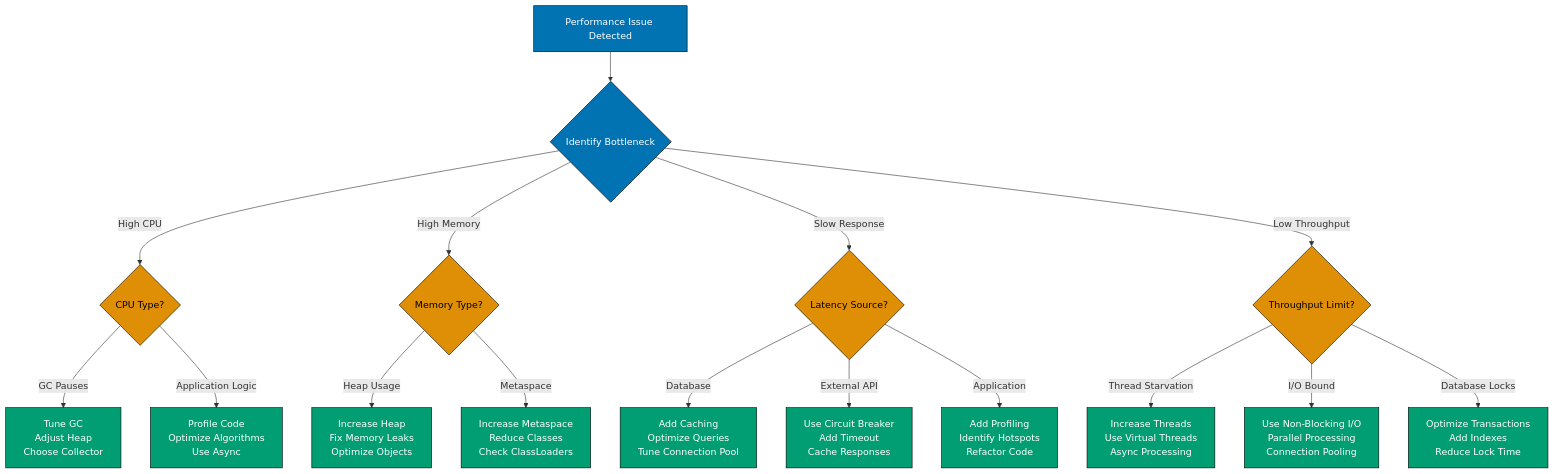
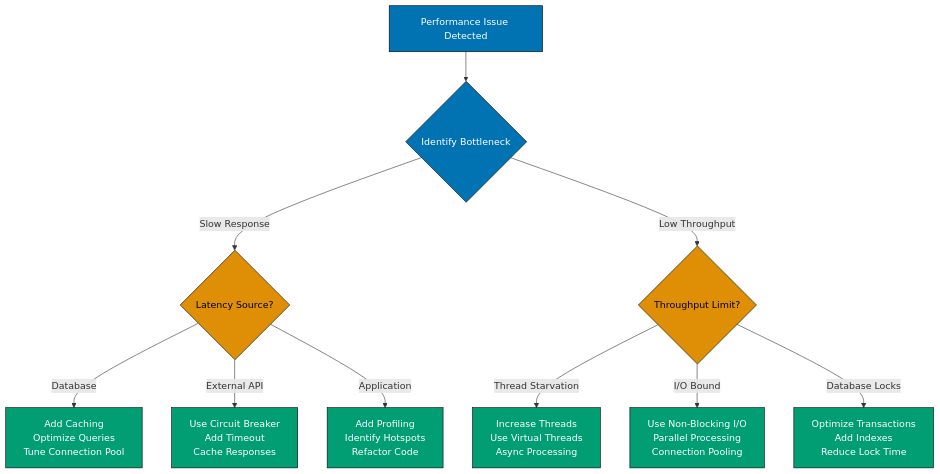
One commit to wahidyankf/ose-primer changed the second of 2 diagrams in docs/explanation/software-engineering/platform-web/tools/jvm-spring-boot/performance.md. Above: the diagram before and after it, drawn with Mermaid. The commit also changed 9 other files, not shown here.

Commit message:
fix(docs): fix mermaid violations in jvm-spring-boot/ docs (batch 4/10)

````diff
--- a/docs/explanation/software-engineering/platform-web/tools/jvm-spring-boot/performance.md
+++ b/docs/explanation/software-engineering/platform-web/tools/jvm-spring-boot/performance.md
@@ -60,41 +88,27 @@
 ```mermaid
 %% Color Palette: Blue #0173B2, Orange #DE8F05, Teal #029E73, Purple #CC78BC
 %% All colors are color-blind friendly and meet WCAG AA contrast standards
 graph TD
     A[Performance Issue Detected] --> B{Identify Bottleneck}
-    B -->|High CPU| C{CPU Type?}
-    B -->|High Memory| D{Memory Type?}
     B -->|Slow Response| E{Latency Source?}
     B -->|Low Throughput| F{Throughput Limit?}
-
-    C -->|GC Pauses| G[Tune GC<br/>Adjust Heap<br/>Choose Collector]
-    C -->|Application Logic| H[Profile Code<br/>Optimize Algorithms<br/>Use Async]
-
-    D -->|Heap Usage| I[Increase Heap<br/>Fix Memory Leaks<br/>Optimize Objects]
-    D -->|Metaspace| J[Increase Metaspace<br/>Reduce Classes<br/>Check ClassLoaders]
 
     E -->|Database| K[Add Caching<br/>Optimize Queries<br/>Tune Connection Pool]
     E -->|External API| L[Use Circuit Breaker<br/>Add Timeout<br/>Cache Responses]
     E -->|Application| M[Add Profiling<br/>Identify Hotspots<br/>Refactor Code]
 
     F -->|Thread Starvation| N[Increase Threads<br/>Use Virtual Threads<br/>Async Processing]
     F -->|I/O Bound| O[Use Non-Blocking I/O<br/>Parallel Processing<br/>Connection Pooling]
     F -->|Database Locks| P[Optimize Transactions<br/>Add Indexes<br/>Reduce Lock Time]
 
     style A fill:#0173B2,stroke:#000,color:#fff
     style B fill:#0173B2,stroke:#000,color:#fff
-    style C fill:#DE8F05,stroke:#000,color:#000
-    style D fill:#DE8F05,stroke:#000,color:#000
     style E fill:#DE8F05,stroke:#000,color:#000
     style F fill:#DE8F05,stroke:#000,color:#000
-    style G fill:#029E73,stroke:#000,color:#fff
-    style H fill:#029E73,stroke:#000,color:#fff
-    style I fill:#029E73,stroke:#000,color:#fff
-    style J fill:#029E73,stroke:#000,color:#fff
     style K fill:#029E73,stroke:#000,color:#fff
     style L fill:#029E73,stroke:#000,color:#fff
     style M fill:#029E73,stroke:#000,color:#fff
     style N fill:#029E73,stroke:#000,color:#fff
     style O fill:#029E73,stroke:#000,color:#fff
     style P fill:#029E73,stroke:#000,color:#fff
 ```
````
